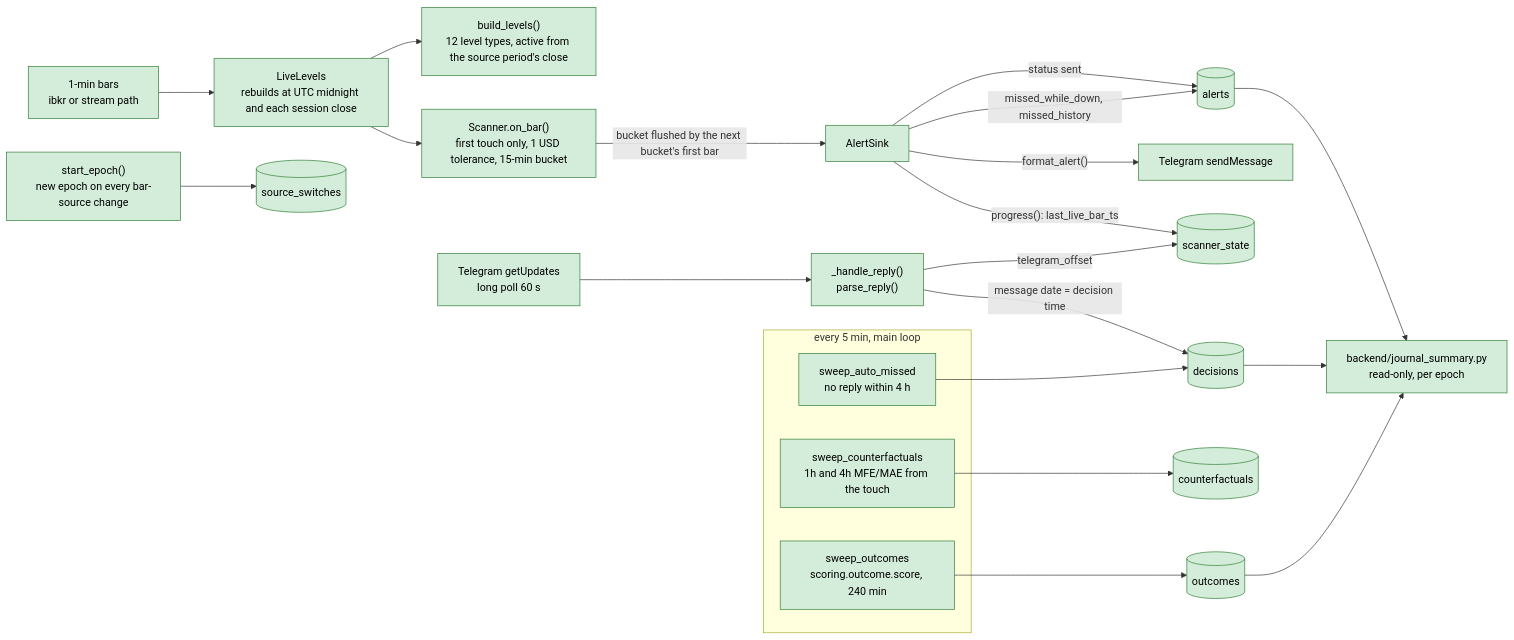
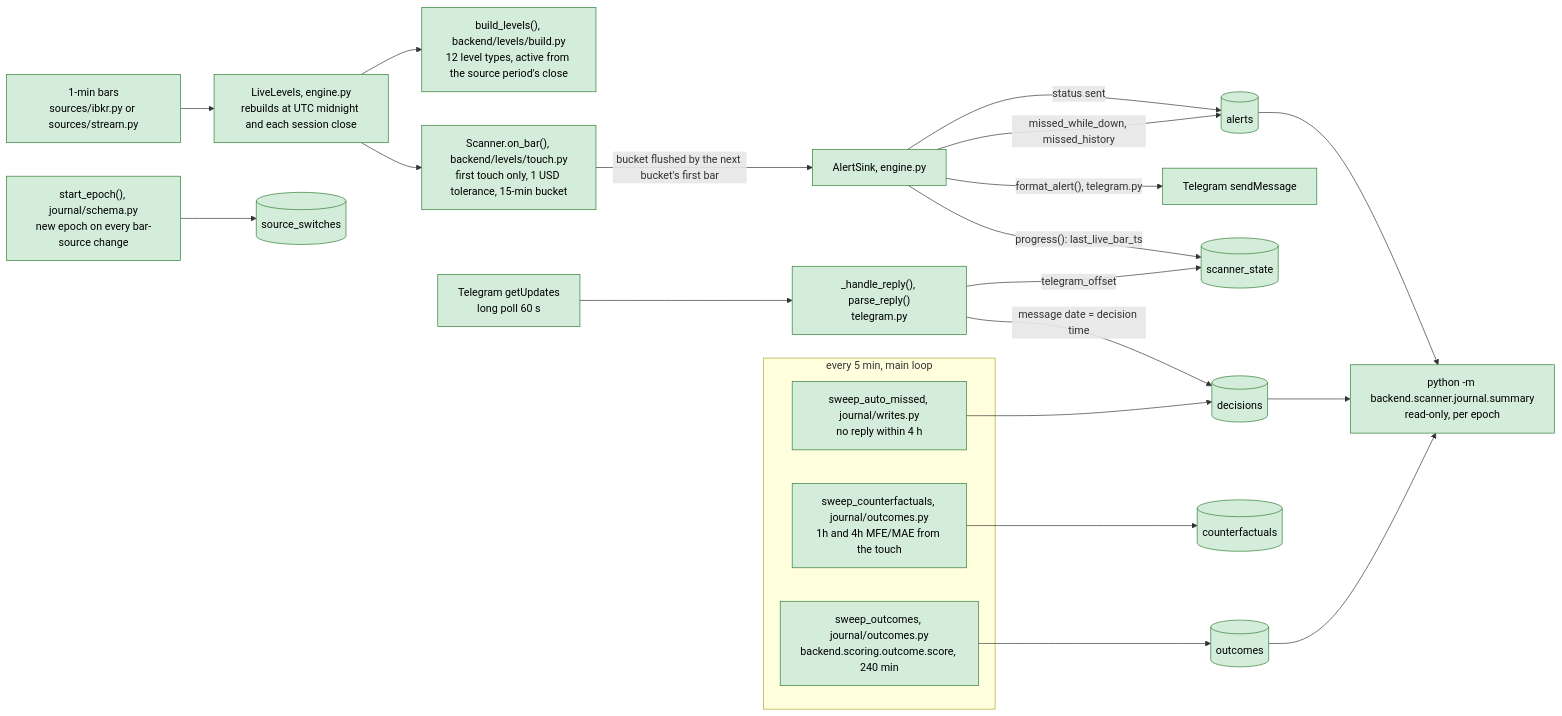
One commit to QBKFD/OPARLI-LLM-FORWARD changed the fourth of 12 diagrams in docs/ARCHITECTURE_CURRENT.md. Above: the diagram before and after it, drawn with Mermaid. The commit also changed other lines of this file and 36 other files, not shown here.

````diff
--- a/docs/ARCHITECTURE_CURRENT.md
+++ b/docs/ARCHITECTURE_CURRENT.md
@@ -148,31 +203,31 @@
 ```mermaid
 flowchart LR
-  BARS["1-min bars<br/>ibkr or stream path"] --> LL["LiveLevels<br/>rebuilds at UTC midnight and each session close"]
-  LL --> BL["build_levels()<br/>12 level types, active from the source period's close"]
-  LL --> SCN["Scanner.on_bar()<br/>first touch only, 1 USD tolerance, 15-min bucket"]
-  SCN -->|"bucket flushed by the next bucket's first bar"| SINK["AlertSink"]
+  BARS["1-min bars<br/>sources/ibkr.py or sources/stream.py"] --> LL["LiveLevels, engine.py<br/>rebuilds at UTC midnight and each session close"]
+  LL --> BL["build_levels(), backend/levels/build.py<br/>12 level types, active from the source period's close"]
+  LL --> SCN["Scanner.on_bar(), backend/levels/touch.py<br/>first touch only, 1 USD tolerance, 15-min bucket"]
+  SCN -->|"bucket flushed by the next bucket's first bar"| SINK["AlertSink, engine.py"]
   SINK -->|"status sent"| A[("alerts")]
   SINK -->|"missed_while_down, missed_history"| A
-  SINK -->|"format_alert()"| TGS["Telegram sendMessage"]
+  SINK -->|"format_alert(), telegram.py"| TGS["Telegram sendMessage"]
   SINK -->|"progress(): last_live_bar_ts"| STATE[("scanner_state")]
-  TGP["Telegram getUpdates<br/>long poll 60 s"] --> HR["_handle_reply()<br/>parse_reply()"]
+  TGP["Telegram getUpdates<br/>long poll 60 s"] --> HR["_handle_reply(), parse_reply()<br/>telegram.py"]
   HR -->|"message date = decision time"| D[("decisions")]
   HR -->|"telegram_offset"| STATE
-  EP["start_epoch()<br/>new epoch on every bar-source change"] --> SW[("source_switches")]
+  EP["start_epoch(), journal/schema.py<br/>new epoch on every bar-source change"] --> SW[("source_switches")]
 
   subgraph SWEEPS["every 5 min, main loop"]
-    M["sweep_auto_missed<br/>no reply within 4 h"]
-    CF["sweep_counterfactuals<br/>1h and 4h MFE/MAE from the touch"]
-    OUT["sweep_outcomes<br/>scoring.outcome.score, 240 min"]
+    M["sweep_auto_missed, journal/writes.py<br/>no reply within 4 h"]
+    CF["sweep_counterfactuals, journal/outcomes.py<br/>1h and 4h MFE/MAE from the touch"]
+    OUT["sweep_outcomes, journal/outcomes.py<br/>backend.scoring.outcome.score, 240 min"]
   end
   M --> D
   CF --> C[("counterfactuals")]
   OUT --> O[("outcomes")]
 
-  A --> SUM["backend/journal_summary.py<br/>read-only, per epoch"]
+  A --> SUM["python -m backend.scanner.journal.summary<br/>read-only, per epoch"]
   D --> SUM
   O --> SUM
 
   classDef prod fill:#d4edda,stroke:#2e7d32,color:#000
   class BARS,LL,BL,SCN,SINK,A,TGS,STATE,TGP,HR,D,EP,SW,M,CF,OUT,C,O,SUM prod
 ```
````
